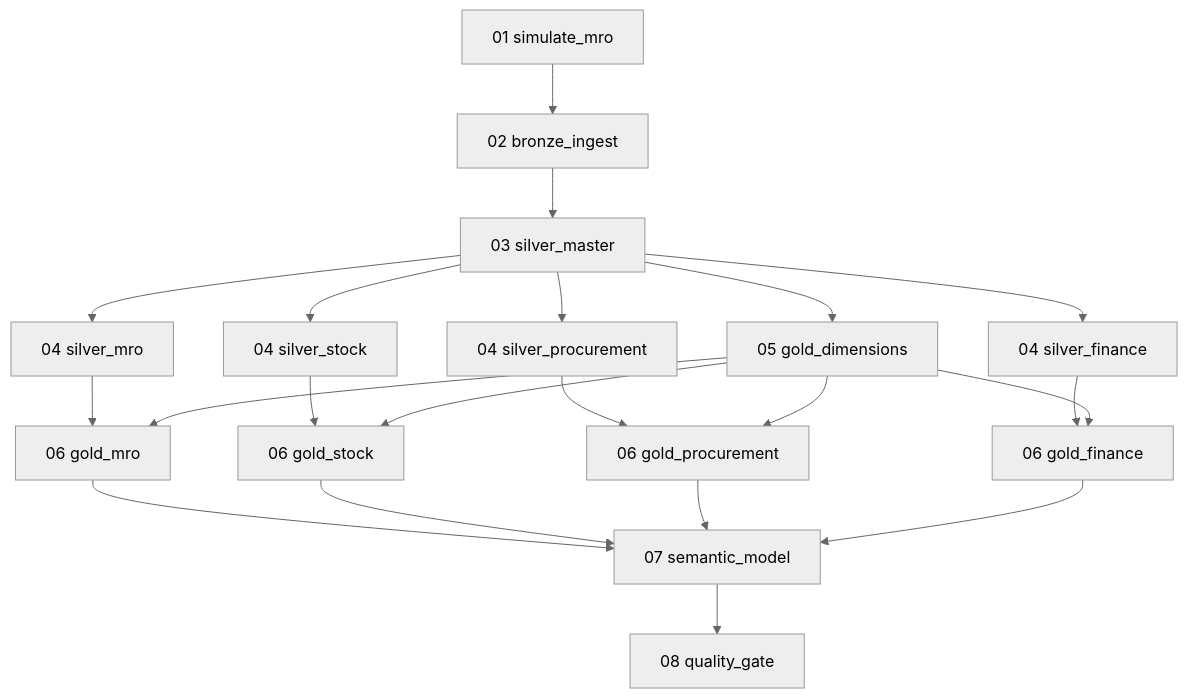
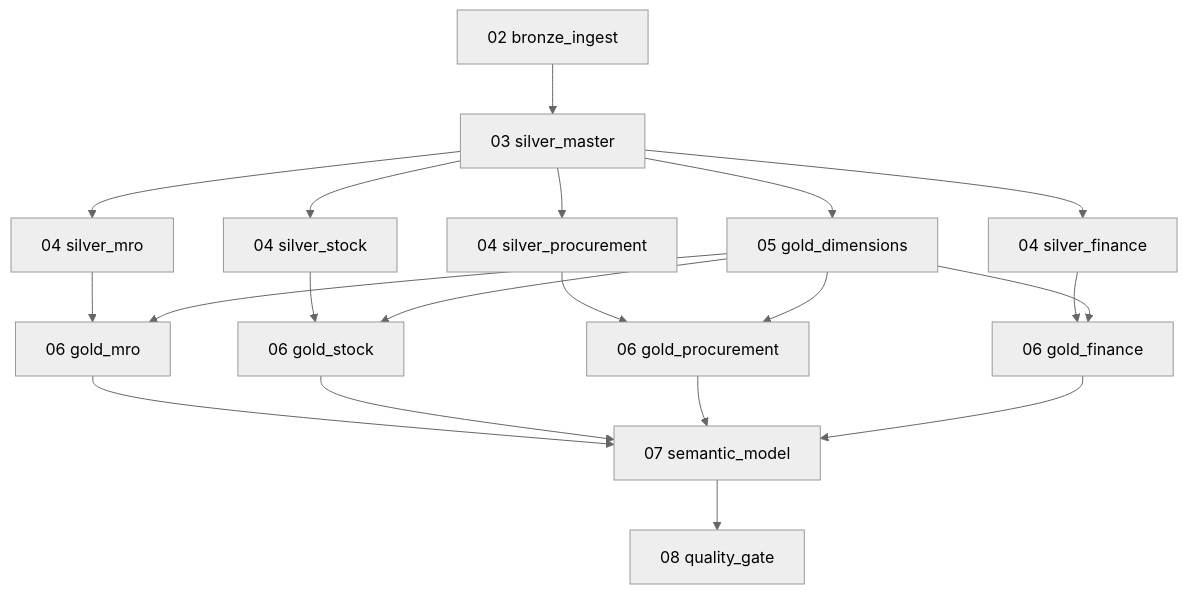
Before and after one commit to brunolnetto/mro-job-as-code: diagram 16 of 21 in README.md, drawn with Mermaid (neutral theme). The commit also changed other lines of this file and 30 other files, not shown here.

````diff
--- a/README.md
+++ b/README.md
@@ -885,30 +1297,29 @@
 ```mermaid
 flowchart TD
-    A[01 simulate_mro] --> B[02 bronze_ingest]
-    B --> C[03 silver_master]
+    B["02 bronze_ingest"] --> C["03 silver_master"]
 
-    C --> D1[04 silver_mro]
-    C --> D2[04 silver_stock]
-    C --> D3[04 silver_procurement]
-    C --> D4[04 silver_finance]
-    C --> E[05 gold_dimensions]
+    C --> D1["04 silver_mro"]
+    C --> D2["04 silver_stock"]
+    C --> D3["04 silver_procurement"]
+    C --> D4["04 silver_finance"]
+    C --> E["05 gold_dimensions"]
 
-    D1 --> F1[06 gold_mro]
+    D1 --> F1["06 gold_mro"]
     E --> F1
 
-    D2 --> F2[06 gold_stock]
+    D2 --> F2["06 gold_stock"]
     E --> F2
 
-    D3 --> F3[06 gold_procurement]
+    D3 --> F3["06 gold_procurement"]
     E --> F3
 
-    D4 --> F4[06 gold_finance]
+    D4 --> F4["06 gold_finance"]
     E --> F4
 
-    F1 --> G[07 semantic_model]
+    F1 --> G["07 semantic_model"]
     F2 --> G
     F3 --> G
     F4 --> G
 
-    G --> H[08 quality_gate]
+    G --> H["08 quality_gate"]
 ```
````
